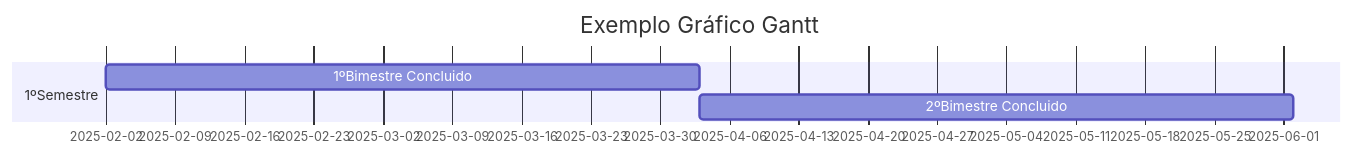
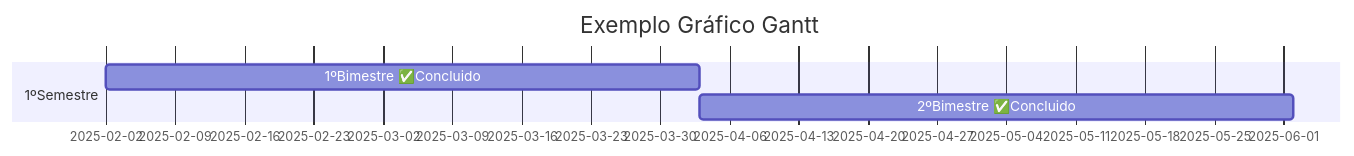
Before and after one commit to LucasBParada/dw3-grafico-g: the third of 3 diagrams in README.md, drawn with Mermaid.

````diff
--- a/README.md
+++ b/README.md
@@ -20,9 +20,9 @@
 ```mermaid
 gantt
 title Exemplo Gráfico Gantt
 dateFormat YYYY-MM-DD
 section 1ºSemestre
-1ºBimestre Concluido:a1, 2025-02-02, 60d
-2ºBimestre Concluido:a2,after a1, 60d
+1ºBimestre ✅Concluido:a1, 2025-02-02, 60d
+2ºBimestre ✅Concluido:a2,after a1, 60d
 section 2ºSemestre
 ```
````
